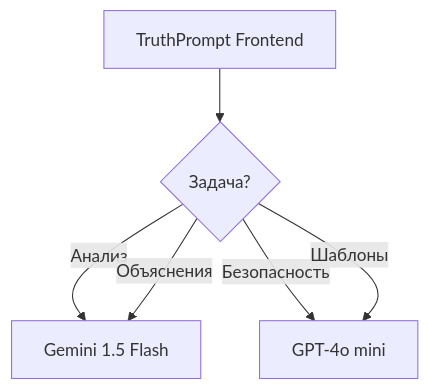
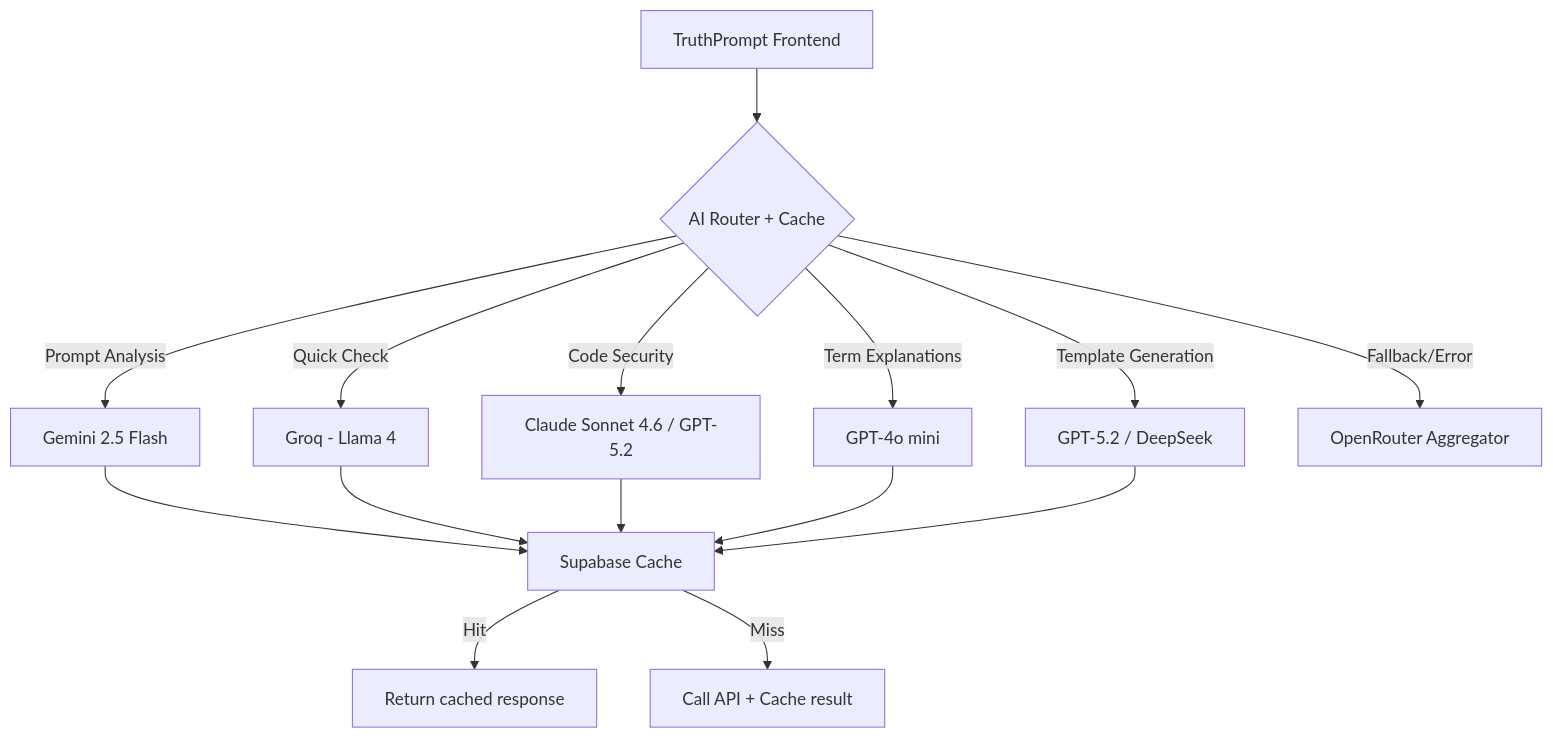
One commit to theravanz/truthprompt changed the diagram in Ai.md. Above: the diagram before and after it, drawn with Mermaid. The commit also changed other lines of this file and 5 other files, not shown here.

````diff
--- a/Ai.md
+++ b/Ai.md
@@ -247,8 +175,16 @@
 ```mermaid
 graph TD
-    A[TruthPrompt Frontend] --> B{Задача?}
-    B -->|Анализ| C[Gemini 1.5 Flash]
-    B -->|Безопасность| D[GPT-4o mini]
-    B -->|Объяснения| C
-    B -->|Шаблоны| D
+    A[TruthPrompt Frontend] --> B{AI Router + Cache}
+    
+    B -->|Prompt Analysis| C[Gemini 2.5 Flash]
+    B -->|Quick Check| D[Groq - Llama 4]
+    B -->|Code Security| E[Claude Sonnet 4.6 / GPT-5.2]
+    B -->|Term Explanations| F[GPT-4o mini]
+    B -->|Template Generation| G[GPT-5.2 / DeepSeek]
+    
+    C & D & E & F & G --> H[Supabase Cache]
+    H -->|Hit| I[Return cached response]
+    H -->|Miss| J[Call API + Cache result]
+    
+    B -->|Fallback/Error| K[OpenRouter Aggregator]
 ```
````
